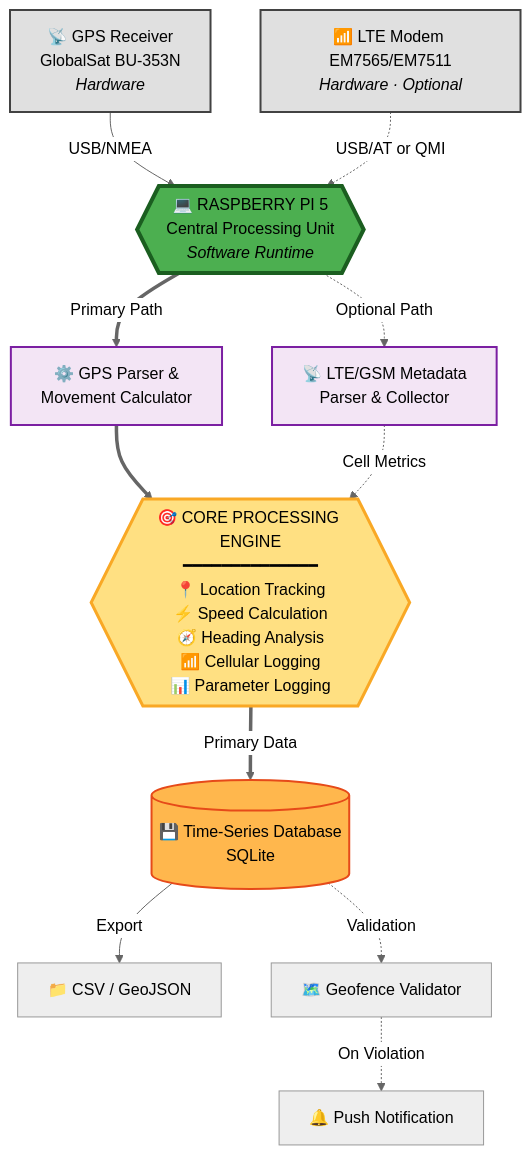
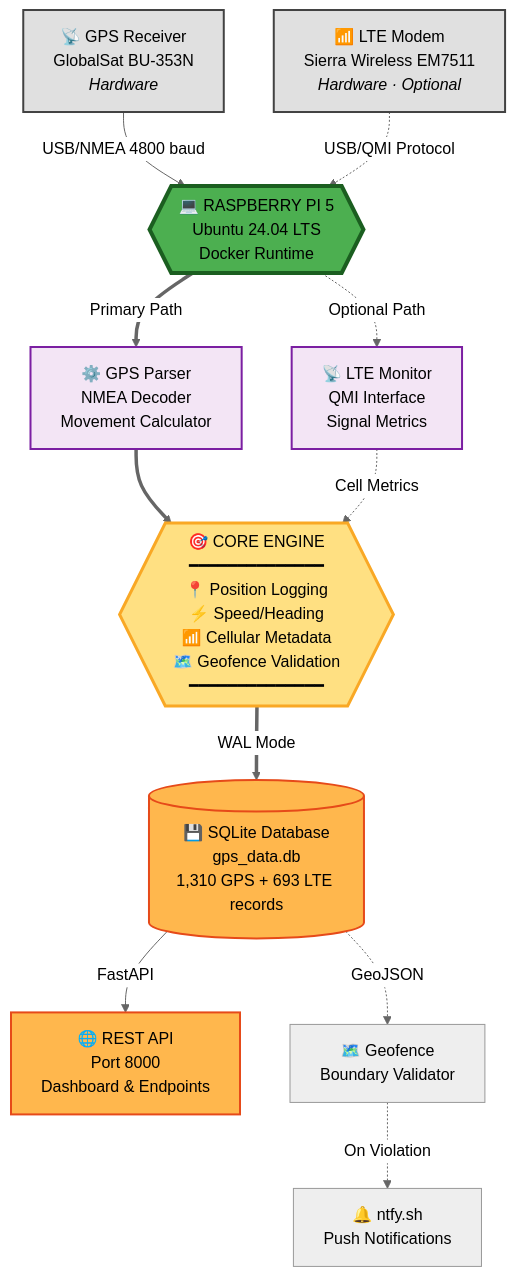
Before and after one commit to cramos93/Raspberry-Pi-GPS-Cellular-Data-Logger: the diagram in README.md, drawn with Mermaid (neutral theme). The commit also changed other lines of this file, not shown here.

````diff
--- a/README.md
+++ b/README.md
@@ -40,31 +27,31 @@
 ```mermaid
 graph TB
     GPS["📡 GPS Receiver<br/>GlobalSat BU-353N<br/><i>Hardware</i>"]
-    LTE["📶 LTE Modem EM7565/EM7511<br/><i>Hardware · Optional</i>"]
+    LTE["📶 LTE Modem<br/>Sierra Wireless EM7511<br/><i>Hardware · Optional</i>"]
     
-    GPS -->|USB/NMEA| PI{{"💻 RASPBERRY PI 5<br/>Central Processing Unit<br/><i>Software Runtime</i>"}}
-    LTE -.->|USB/AT or QMI| PI
+    GPS -->|USB/NMEA 4800 baud| PI{{"💻 RASPBERRY PI 5<br/>Ubuntu 24.04 LTS<br/>Docker Runtime"}}
+    LTE -.->|USB/QMI Protocol| PI
     
-    PI ==>|Primary Path| PARSE["⚙️ GPS Parser &<br/>Movement Calculator"]
-    PI -.->|"Optional Path"| META["📡 LTE/GSM Metadata<br/>Parser & Collector"]
+    PI ==>|Primary Path| PARSE["⚙️ GPS Parser<br/>NMEA Decoder<br/>Movement Calculator"]
+    PI -.->|Optional Path| META["📡 LTE Monitor<br/>QMI Interface<br/>Signal Metrics"]
     
-    PARSE ==> CORE{{"🎯 CORE PROCESSING ENGINE<br/>━━━━━━━━━━━━━━<br/>📍 Location Tracking<br/>⚡ Speed Calculation<br/>🧭 Heading Analysis<br/>📶 Cellular Logging<br/>📊 Parameter Logging"}}
-    META -.->|"Cell Metrics"| CORE
+    PARSE ==> CORE{{"🎯 CORE ENGINE<br/>━━━━━━━━━━━━━━<br/>📍 Position Logging<br/>⚡ Speed/Heading<br/>📶 Cellular Metadata<br/>🗺️ Geofence Validation<br/>━━━━━━━━━━━━━━"}}
+    META -.->|Cell Metrics| CORE
     
-    CORE ==>|Primary Data| DB[("💾 Time-Series Database<br/>SQLite")]
-    DB -->|Export| FILES["📁 CSV / GeoJSON"]
-    DB -.->|Validation| FENCE["🗺️ Geofence Validator"]
-    FENCE -.->|On Violation| NOTIFY["🔔 Push Notification"]
+    CORE ==>|WAL Mode| DB[("💾 SQLite Database<br/>gps_data.db<br/>1,310 GPS + 693 LTE records")]
+    DB -->|FastAPI| API["🌐 REST API<br/>Port 8000<br/>Dashboard & Endpoints"]
+    DB -.->|GeoJSON| FENCE["🗺️ Geofence<br/>Boundary Validator"]
+    FENCE -.->|On Violation| NOTIFY["🔔 ntfy.sh<br/>Push Notifications"]
     
     classDef hardware fill:#e0e0e0,stroke:#424242,stroke-width:2px
     classDef central fill:#4caf50,stroke:#1b5e20,stroke-width:4px
     classDef core fill:#ffe082,stroke:#f9a825,stroke-width:3px
     classDef software fill:#f3e5f5,stroke:#7b1fa2,stroke-width:2px
     classDef database fill:#ffb74d,stroke:#e64a19,stroke-width:2px
     
     class GPS,LTE hardware
     class PI central
     class PARSE,META software
     class CORE core
-    class DB database
+    class DB,API database
 ```
````
